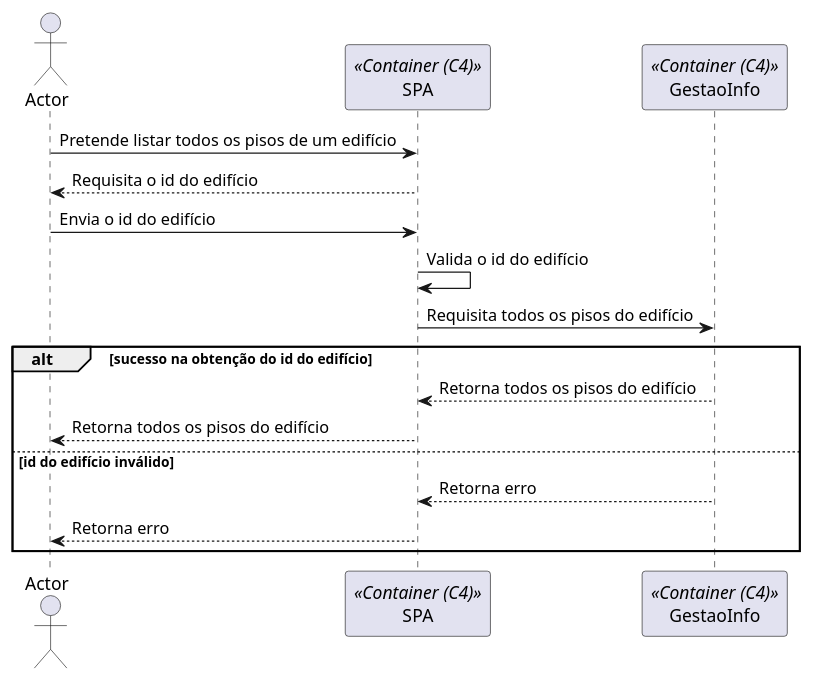
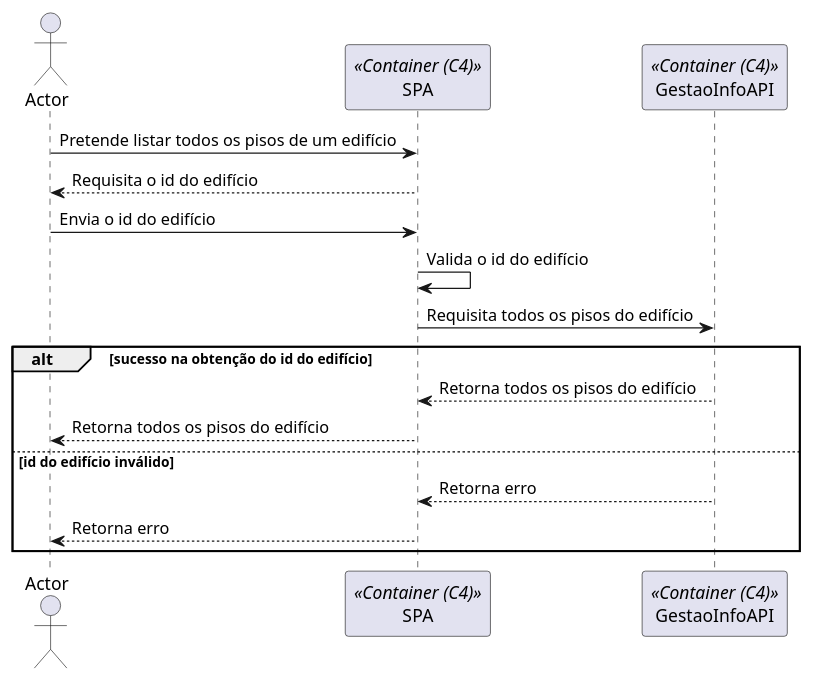
One commit to ruben1132/PI5_23-24 changed the diagram in docs/Nivel2/N2_US210.puml. Above: the diagram before and after it, drawn with PlantUML. The commit also changed 13 other files, not shown here.

Commit message:
#1 #2 #3 #5 #9 #20 diagramas nivel 2

```diff
--- a/docs/Nivel2/N2_US210.puml
+++ b/docs/Nivel2/N2_US210.puml
@@ -1,22 +1,22 @@
 @startuml
 
 actor Actor as Actor
 participant "SPA" as Container <<Container (C4)>>
-participant "GestaoInfo" as Armazem <<Container (C4)>>
+participant "GestaoInfoAPI" as API <<Container (C4)>>
 
 Actor -> Container: Pretende listar todos os pisos de um edifício
 Container --> Actor: Requisita o id do edifício
 
 Actor -> Container: Envia o id do edifício
 Container -> Container: Valida o id do edifício
-    Container -> Armazem: Requisita todos os pisos do edifício
+    Container -> API: Requisita todos os pisos do edifício
 
 alt sucesso na obtenção do id do edifício
-    Armazem --> Container: Retorna todos os pisos do edifício
+    API --> Container: Retorna todos os pisos do edifício
     Container --> Actor: Retorna todos os pisos do edifício
 else id do edifício inválido
-    Armazem --> Container: Retorna erro
+    API --> Container: Retorna erro
     Container --> Actor: Retorna erro
 end
 
 @enduml
```
